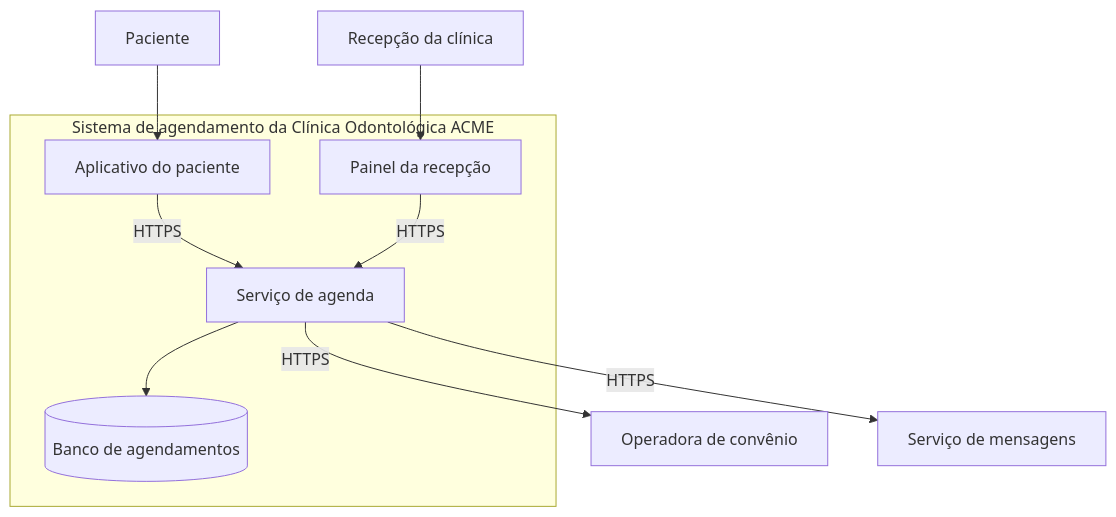
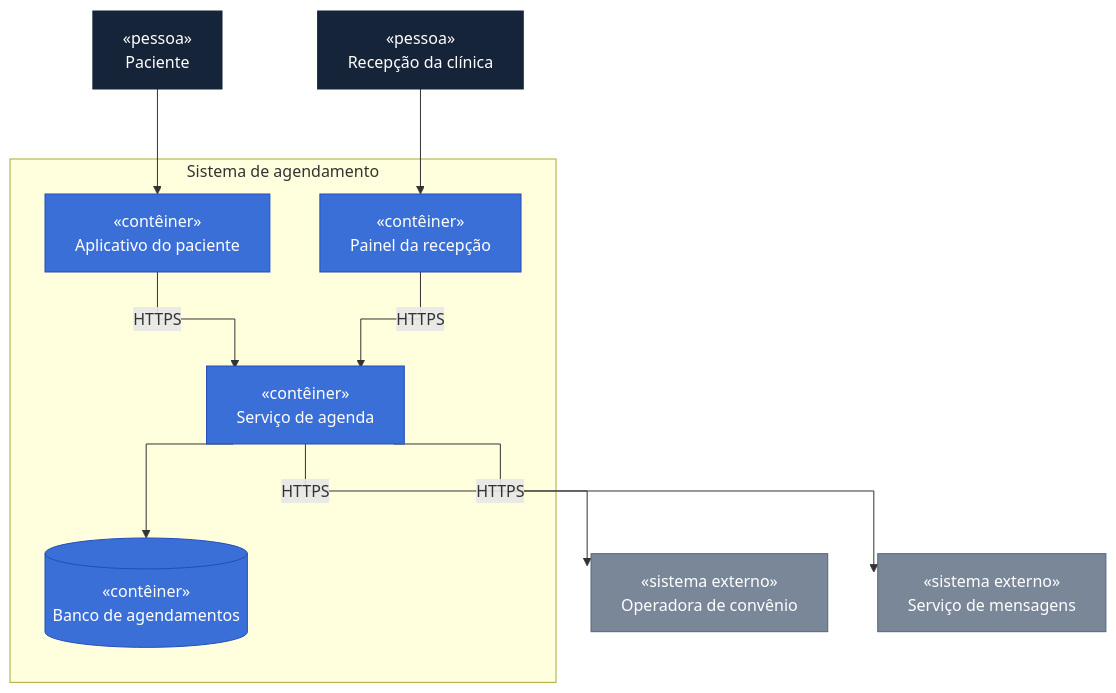
One commit to aulas-marco/projeto-arquitetura-software changed the sixth of 7 diagrams in docs/modulo-4-dominios-da-solucao/bloco-3-arquitetura-de-aplicacoes-e-integracao.md. Above: the diagram before and after it, drawn with Mermaid. The commit also changed other lines of this file and 36 other files, not shown here.

First line of the commit message:
docs(aula-4): arquitetura de dados com DMBOK e diagramas legiveis

````diff
--- a/docs/modulo-4-dominios-da-solucao/bloco-3-arquitetura-de-aplicacoes-e-integracao.md
+++ b/docs/modulo-4-dominios-da-solucao/bloco-3-arquitetura-de-aplicacoes-e-integracao.md
@@ -313,23 +325,31 @@
 ```mermaid
+%%{init: {"flowchart": {"curve": "stepAfter", "nodeSpacing": 50, "rankSpacing": 70}}}%%
 graph TD
-    PAC["Paciente"]
-    REC["Recepção da clínica"]
+    PAC["«pessoa»<br/>Paciente"]
+    REC["«pessoa»<br/>Recepção da clínica"]
 
-    subgraph AGE["Sistema de agendamento da Clínica Odontológica ACME"]
-        APP["Aplicativo do paciente"]
-        WEB["Painel da recepção"]
-        API["Serviço de agenda"]
-        BD[("Banco de agendamentos")]
+    subgraph AGE["Sistema de agendamento"]
+        APP["«contêiner»<br/>Aplicativo do paciente"]
+        WEB["«contêiner»<br/>Painel da recepção"]
+        API["«contêiner»<br/>Serviço de agenda"]
+        BD[("«contêiner»<br/>Banco de agendamentos")]
     end
 
-    CONV["Operadora de convênio"]
-    SMS["Serviço de mensagens"]
+    CONV["«sistema externo»<br/>Operadora de convênio"]
+    SMS["«sistema externo»<br/>Serviço de mensagens"]
 
     PAC --> APP
     REC --> WEB
     APP -->|"HTTPS"| API
     WEB -->|"HTTPS"| API
     API --> BD
     API -->|"HTTPS"| CONV
     API -->|"HTTPS"| SMS
+    classDef pessoa fill:#16243A,stroke:#16243A,color:#ffffff
+    classDef sistema fill:#254DB8,stroke:#254DB8,color:#ffffff
+    classDef conteiner fill:#3A6FD8,stroke:#254DB8,color:#ffffff
+    classDef externo fill:#7A8799,stroke:#52657E,color:#ffffff
+    class PAC,REC pessoa
+    class APP,WEB,API,BD conteiner
+    class CONV,SMS externo
 ```
````
